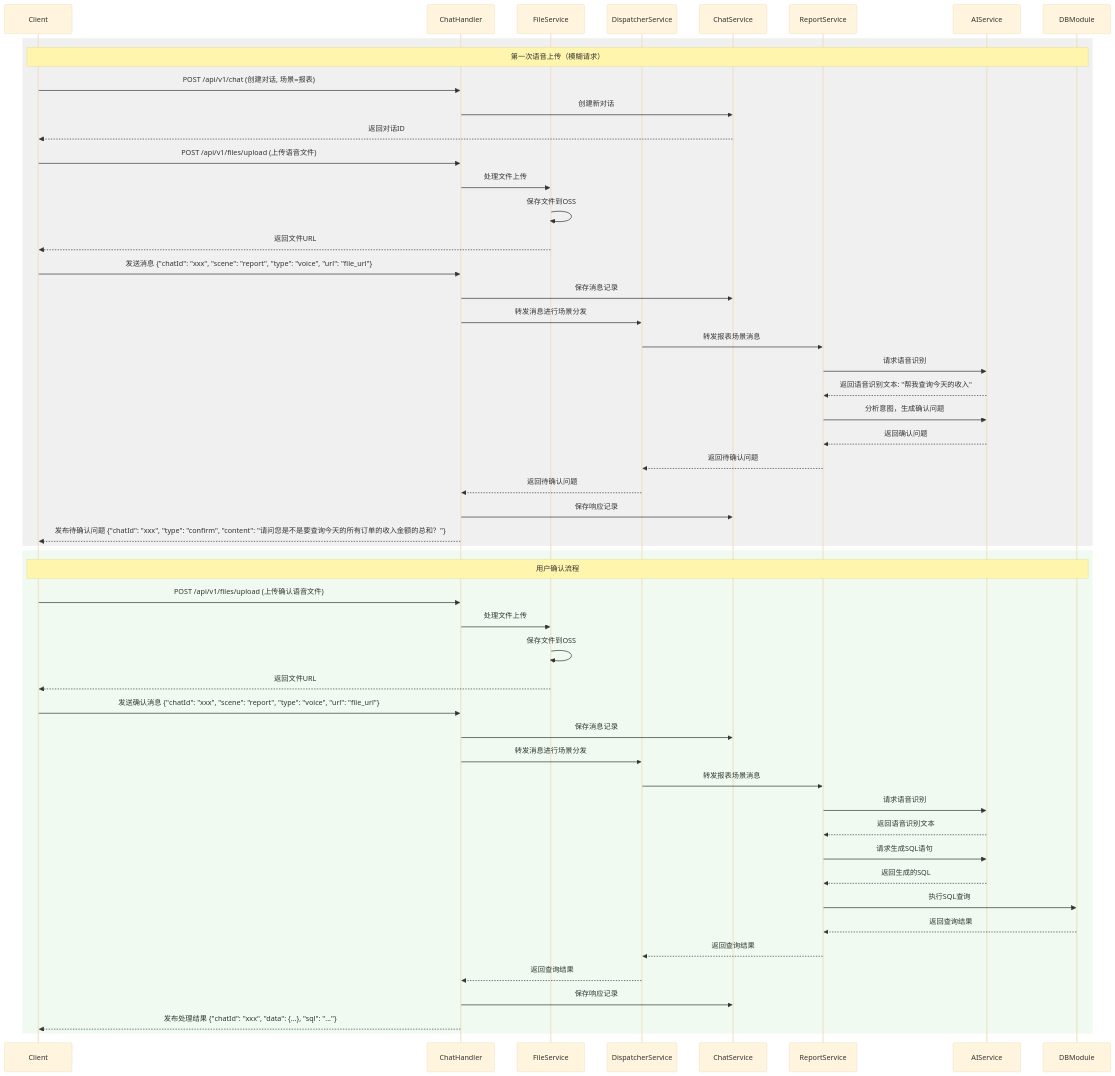
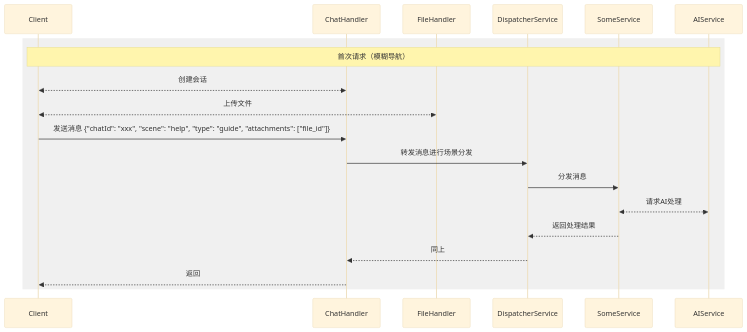
One commit to hanhzf/aiops changed the third of 7 diagrams in ai-coding/output/应用软件交互时序图.md. Above: the diagram before and after it, drawn with Mermaid (base theme). The commit also changed other lines of this file and 6 other files, not shown here.

Commit message:
update er

````diff
--- a/ai-coding/output/应用软件交互时序图.md
+++ b/ai-coding/output/应用软件交互时序图.md
@@ -139,66 +60,24 @@
 ```mermaid
 sequenceDiagram
     participant Client
     participant ChatHandler
-    participant FileService
+    participant FileHandler
     participant DispatcherService
-    participant ChatService
-    participant ReportService
+    participant SomeService
     participant AIService
-    participant DBModule
 
-    %% %% WebSocket连接建立（只需要建立一次）
-    %% Client->>ChatHandler: 建立WebSocket连接
-    %% ChatHandler-->>Client: 连接确认
-
-    %% 第一次语音文件上传流程（模糊请求）
+    %% 第一次语音文件上传流程（首页导航请求）
     rect rgb(240, 240, 240)
-        Note over Client,DBModule: 第一次语音上传（模糊请求）
-        Client->>ChatHandler: POST /api/v1/chat (创建对话, 场景=报表)
-        ChatHandler->>ChatService: 创建新对话
-        ChatService-->>Client: 返回对话ID
+        Note over Client,AIService: 首次请求（模糊导航）
+        Client<<-->>ChatHandler: 创建会话
+        Client<<-->>FileHandler: 上传文件
         
-        Client->>ChatHandler: POST /api/v1/files/upload (上传语音文件)
-        ChatHandler->>FileService: 处理文件上传
-        FileService->>FileService: 保存文件到OSS
-        FileService-->>Client: 返回文件URL
-        
-        Client->>ChatHandler: 发送消息 {"chatId": "xxx", "scene": "report", "type": "voice", "url": "file_url"}
-
-        ChatHandler->>ChatService: 保存消息记录
+        Client->>ChatHandler: 发送消息 {"chatId": "xxx", "scene": "help", "type": "guide", "attachments": ["file_id"]}
         ChatHandler->>DispatcherService: 转发消息进行场景分发
-        DispatcherService->>ReportService: 转发报表场景消息
-        ReportService->>AIService: 请求语音识别
-        AIService-->>ReportService: 返回语音识别文本: "帮我查询今天的收入"
-        ReportService->>AIService: 分析意图，生成确认问题
-        AIService-->>ReportService: 返回确认问题
-        ReportService-->>DispatcherService: 返回待确认问题
-        DispatcherService-->>ChatHandler: 返回待确认问题
-        ChatHandler->>ChatService: 保存响应记录
-        ChatHandler-->>Client: 发布待确认问题 {"chatId": "xxx", "type": "confirm", "content": "请问您是不是要查询今天的所有订单的收入金额的总和？"}
-    end
-
-    %% 用户确认流程
-    rect rgb(240, 250, 240)
-        Note over Client,DBModule: 用户确认流程
-        Client->>ChatHandler: POST /api/v1/files/upload (上传确认语音文件)
-        ChatHandler->>FileService: 处理文件上传
-        FileService->>FileService: 保存文件到OSS
-        FileService-->>Client: 返回文件URL
-        
-        Client->>ChatHandler: 发送确认消息 {"chatId": "xxx", "scene": "report", "type": "voice", "url": "file_url"}
-        ChatHandler->>ChatService: 保存消息记录
-        ChatHandler->>DispatcherService: 转发消息进行场景分发
-        DispatcherService->>ReportService: 转发报表场景消息
-        ReportService->>AIService: 请求语音识别
-        AIService-->>ReportService: 返回语音识别文本
-        ReportService->>AIService: 请求生成SQL语句
-        AIService-->>ReportService: 返回生成的SQL
-        ReportService->>DBModule: 执行SQL查询
-        DBModule-->>ReportService: 返回查询结果
-        ReportService-->>DispatcherService: 返回查询结果
-        DispatcherService-->>ChatHandler: 返回查询结果
-        ChatHandler->>ChatService: 保存响应记录
-        ChatHandler-->>Client: 发布处理结果 {"chatId": "xxx", "data": {...}, "sql": "..."}
+        DispatcherService->>SomeService: 分发消息
+        SomeService<<-->>AIService: 请求AI处理
+        SomeService-->>DispatcherService: 返回处理结果
+        DispatcherService-->>ChatHandler: 同上
+        ChatHandler-->>Client: 返回
     end
 ```
````
